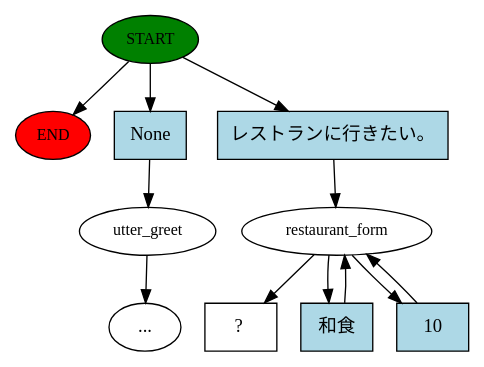
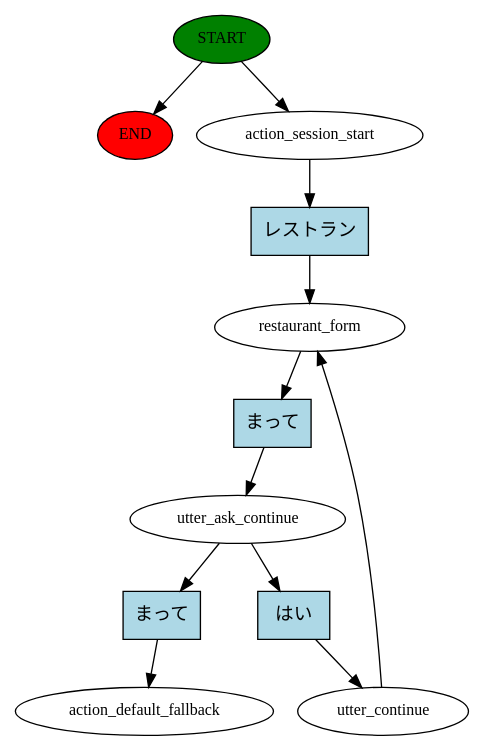
Before and after one commit to shprintuzt/rasa: the diagram in FormFillingJa/story_graph.dot, drawn with Graphviz. The commit also changed 7 other files, not shown here.

```diff
--- a/FormFillingJa/story_graph.dot
+++ b/FormFillingJa/story_graph.dot
@@ -1,23 +1,24 @@
 digraph  {
 0 [class="start active", fillcolor=green, fontsize=12, label=START, style=filled];
 "-1" [class=end, fillcolor=red, fontsize=12, label=END, style=filled];
-1 [class="", fontsize=12, label=utter_greet];
-"-5" [class=ellipsis, label="..."];
-4 [class=active, fontsize=12, label=restaurant_form];
-7 [class="intent dashed active", label="  ?  ", shape=rect];
-8 [class=intent, fillcolor=lightblue, label=None, shape=rect, style=filled];
-9 [class="intent active", fillcolor=lightblue, label="レストランに行きたい。", shape=rect, style=filled];
-10 [class="intent active", fillcolor=lightblue, label="和食", shape=rect, style=filled];
-11 [class="intent active", fillcolor=lightblue, label=10, shape=rect, style=filled];
+1 [class=active, fontsize=12, label=action_session_start];
+2 [class=active, fontsize=12, label=restaurant_form];
+3 [class=active, fontsize=12, label=utter_ask_continue];
+4 [class=active, fontsize=12, label=utter_continue];
+7 [class="dashed active", fontsize=12, label=action_default_fallback];
+8 [class="intent active", fillcolor=lightblue, label="レストラン", shape=rect, style=filled];
+9 [class="intent active", fillcolor=lightblue, label="まって", shape=rect, style=filled];
+10 [class="intent active", fillcolor=lightblue, label="はい", shape=rect, style=filled];
+11 [class="intent active", fillcolor=lightblue, label="まって", shape=rect, style=filled];
 0 -> "-1"  [class="", key=NONE, label=""];
-0 -> 8  [class="", key=0];
-0 -> 9  [class=active, key=0];
-1 -> "-5"  [class="", key=NONE, label=""];
-4 -> 7  [class=active, key=NONE, label=""];
-4 -> 10  [class=active, key=0];
-4 -> 11  [class=active, key=0];
-8 -> 1  [class="", key=0];
-9 -> 4  [class=active, key=0];
+0 -> 1  [class=active, key=NONE, label=""];
+1 -> 8  [class=active, key=0];
+2 -> 9  [class=active, key=0];
+3 -> 10  [class=active, key=0];
+3 -> 11  [class=active, key=0];
+4 -> 2  [class=active, key=NONE, label=""];
+8 -> 2  [class=active, key=0];
+9 -> 3  [class=active, key=0];
 10 -> 4  [class=active, key=0];
-11 -> 4  [class=active, key=0];
+11 -> 7  [class=active, key=0];
 }
```
